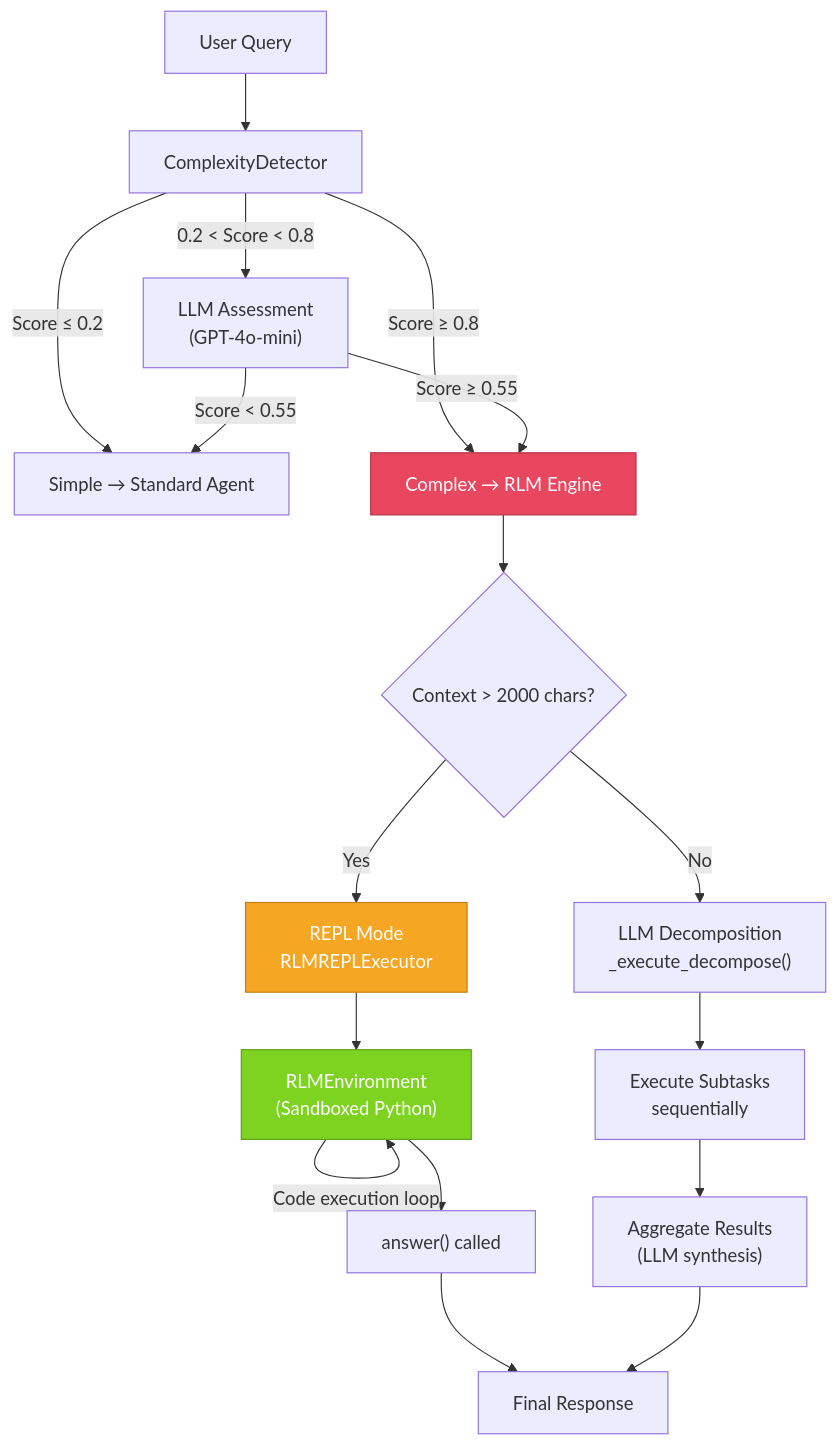
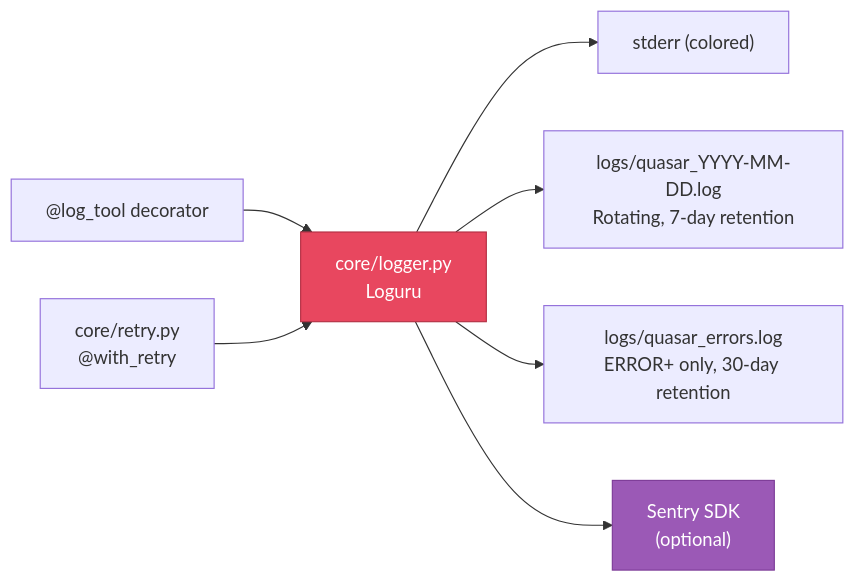
Before and after one commit to adamzacharia/Quasar: the ninth of 10 diagrams in ARCHITECTURE.md, drawn with Mermaid. The commit also changed other lines of this file and 6 other files, not shown here.

Commit message:
feat: upgrade to Quasar v4.0 with multi-agent architecture, FastAPI backend, and multi-provider LLM support

````diff
--- a/ARCHITECTURE.md
+++ b/ARCHITECTURE.md
@@ -367,30 +557,18 @@
 ```mermaid
-flowchart TD
-    Q["User Query"] --> CD["ComplexityDetector"]
+graph LR
+    Logger["core/logger.py<br/>Loguru"]
+    Retry["core/retry.py<br/>@with_retry"]
+    LogTool["@log_tool decorator"]
+    Sentry_SDK["Sentry SDK<br/>(optional)"]
 
-    CD -->|"Score ≤ 0.2"| SIMPLE["Simple → Standard Agent"]
-    CD -->|"0.2 < Score < 0.8"| LLM_CHECK["LLM Assessment<br/>(GPT-4o-mini)"]
-    CD -->|"Score ≥ 0.8"| COMPLEX["Complex → RLM Engine"]
+    Logger --> Console["stderr (colored)"]
+    Logger --> DailyLog["logs/quasar_YYYY-MM-DD.log<br/>Rotating, 7-day retention"]
+    Logger --> ErrorLog["logs/quasar_errors.log<br/>ERROR+ only, 30-day retention"]
+    Logger --> Sentry_SDK
 
-    LLM_CHECK -->|"Score < 0.55"| SIMPLE
-    LLM_CHECK -->|"Score ≥ 0.55"| COMPLEX
+    LogTool --> Logger
+    Retry --> Logger
 
-    COMPLEX --> CTX_CHECK{"Context > 2000 chars?"}
-
-    CTX_CHECK -->|Yes| REPL["REPL Mode<br/>RLMREPLExecutor"]
-    CTX_CHECK -->|No| DECOMPOSE["LLM Decomposition<br/>_execute_decompose()"]
-
-    REPL --> ENV["RLMEnvironment<br/>(Sandboxed Python)"]
-    ENV --> |"Code execution loop"| ENV
-    ENV --> ANSWER["answer() called"]
-
-    DECOMPOSE --> SUB["Execute Subtasks<br/>sequentially"]
-    SUB --> AGG["Aggregate Results<br/>(LLM synthesis)"]
-
-    ANSWER --> FINAL["Final Response"]
-    AGG --> FINAL
-
-    style COMPLEX fill:#E8475F,stroke:#B33044,color:#fff
-    style REPL fill:#F5A623,stroke:#C17D12,color:#fff
-    style ENV fill:#7ED321,stroke:#5CA018,color:#fff
+    style Logger fill:#E8475F,stroke:#B33044,color:#fff
+    style Sentry_SDK fill:#9B59B6,stroke:#7D3C98,color:#fff
 ```
````
